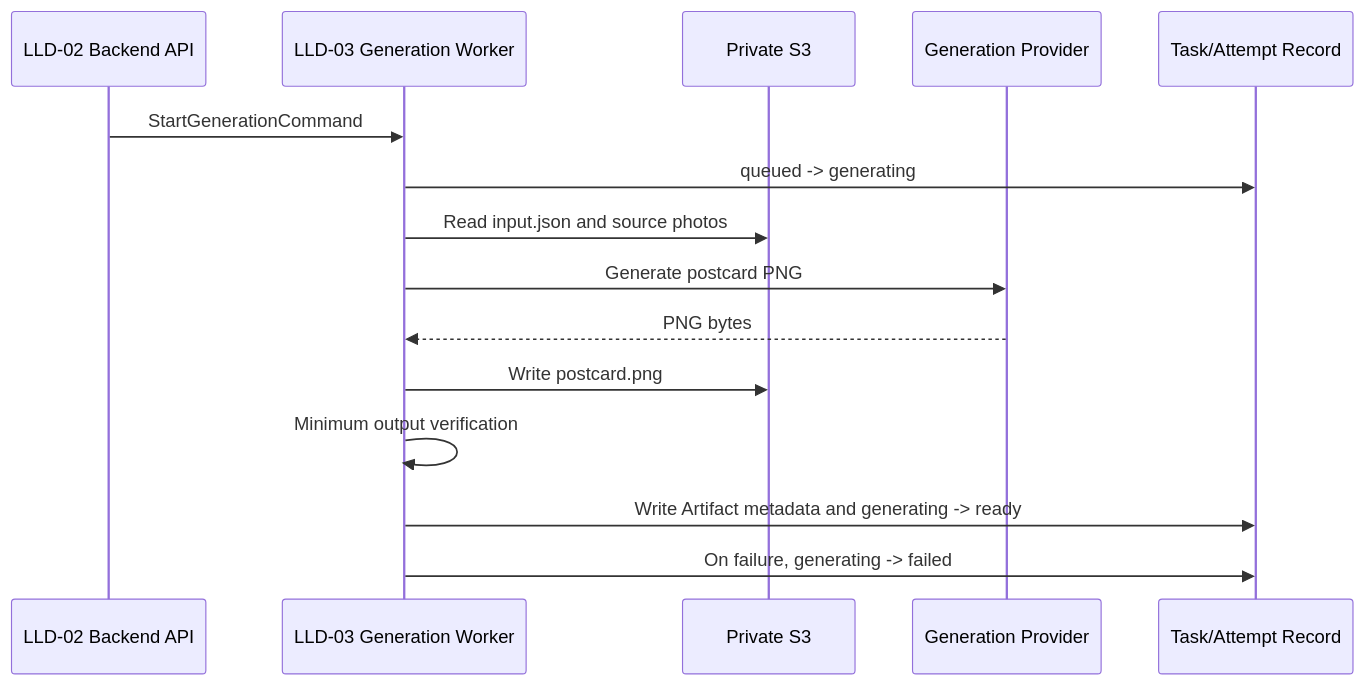
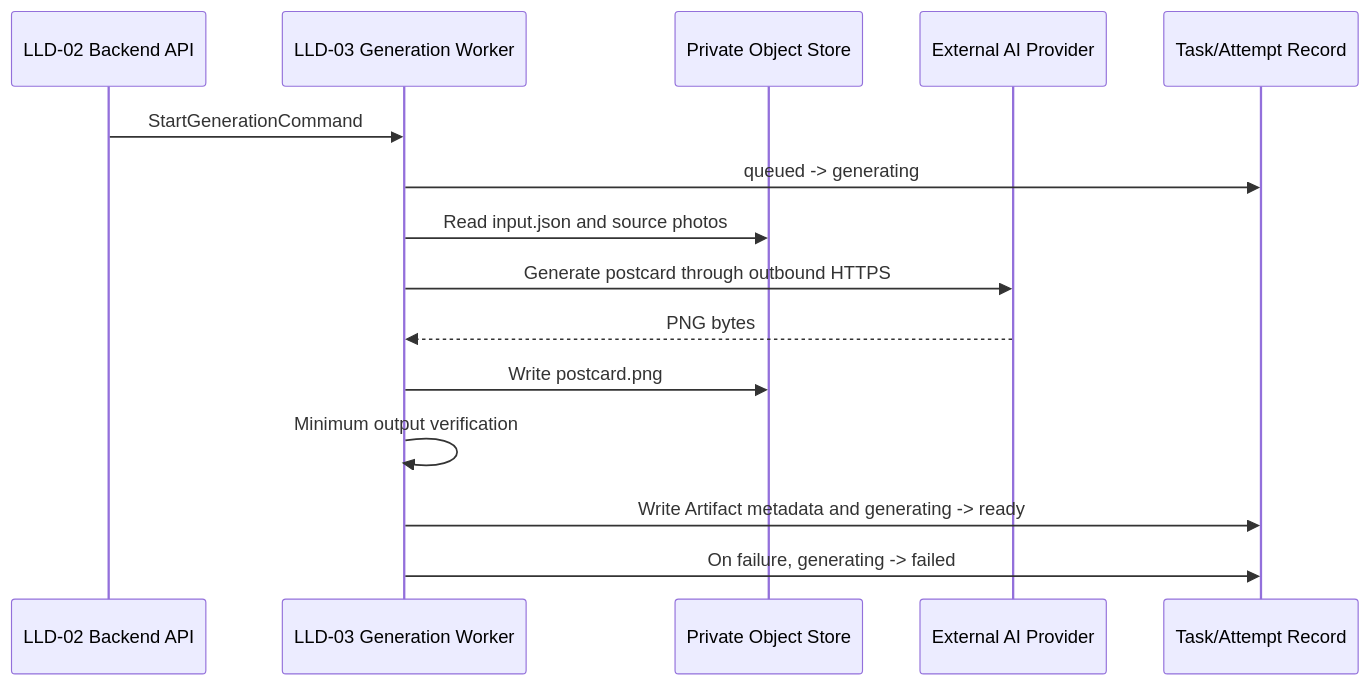
The diagram in docs/ai-artist/lld/milestone-1-lld-03-generation-worker.md (tongking6/ai-artist), drawn with Mermaid before and after one commit. The commit also changed other lines of this file and 9 other files, not shown here.

````diff
--- a/docs/ai-artist/lld/milestone-1-lld-03-generation-worker.md
+++ b/docs/ai-artist/lld/milestone-1-lld-03-generation-worker.md
@@ -95,18 +95,18 @@
 ```mermaid
 sequenceDiagram
   participant API as LLD-02 Backend API
   participant W as LLD-03 Generation Worker
-  participant S3 as Private S3
-  participant P as Generation Provider
+  participant OS as Private Object Store
+  participant P as External AI Provider
   participant DB as Task/Attempt Record
 
   API->>W: StartGenerationCommand
   W->>DB: queued -> generating
-  W->>S3: Read input.json and source photos
-  W->>P: Generate postcard PNG
+  W->>OS: Read input.json and source photos
+  W->>P: Generate postcard through outbound HTTPS
   P-->>W: PNG bytes
-  W->>S3: Write postcard.png
+  W->>OS: Write postcard.png
   W->>W: Minimum output verification
   W->>DB: Write Artifact metadata and generating -> ready
   W->>DB: On failure, generating -> failed
 ```
````
